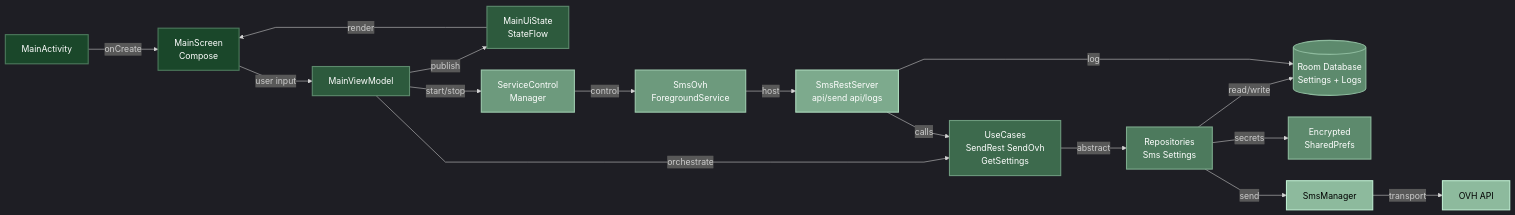
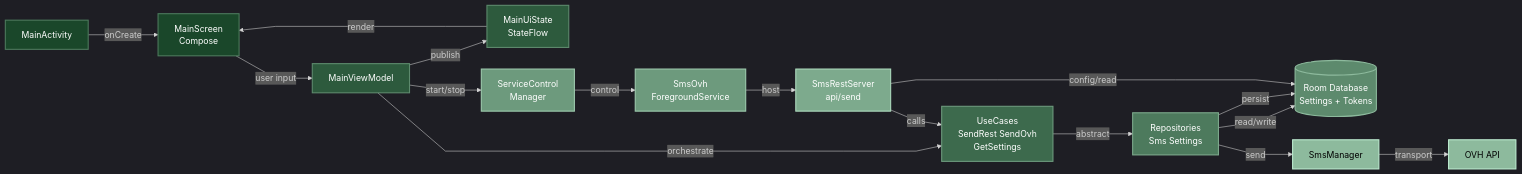
Before and after one commit to nemo2506/MS-MMS-RESTFULL: the diagram in README.md, drawn with Mermaid. The commit also changed other lines of this file and 10 other files, not shown here.

````diff
--- a/README.md
+++ b/README.md
@@ -37,53 +34,52 @@
 ```mermaid
 %%{init: {'flowchart': {'curve': 'linear', 'rankSpacing': 60, 'nodeSpacing': 40}, 'theme': 'dark'}}%%
 flowchart LR
     Activity[MainActivity]
     Screen["MainScreen<br/>Compose"]
     ViewModel["MainViewModel"]
     State["MainUiState<br/>StateFlow"]
     UC1["UseCases<br/>SendRest SendOvh<br/>GetSettings"]
     Repository["Repositories<br/>Sms Settings"]
-    Room[("Room Database<br/>Settings + Logs")]
-    Crypto["Encrypted<br/>SharedPrefs"]
+    Room[("Room Database<br/>Settings + Tokens")]
     Manager["ServiceControl<br/>Manager"]
     FG["SmsOvh<br/>ForegroundService"]
-    Server["SmsRestServer<br/>api/send api/logs"]
+    Server["SmsRestServer<br/>api/send"]
     SMS["SmsManager"]
     OVH["OVH API"]
     
     Activity -->|onCreate| Screen
     Screen -->|user input| ViewModel
     ViewModel -->|publish| State
     State -->|render| Screen
     
     ViewModel -->|orchestrate| UC1
     UC1 -->|abstract| Repository
     Repository -->|read/write| Room
-    Repository -->|secrets| Crypto
+    Repository -->|persist| Room
     Repository -->|send| SMS
     SMS -->|transport| OVH
     
     ViewModel -->|start/stop| Manager
     Manager -->|control| FG
     FG -->|host| Server
     Server -->|calls| UC1
-    Server -->|log| Room
+    Server -->|config/read| Room
     
     classDef uiLayer fill:#1a472a,color:#fff,stroke:#4d7a5d,stroke-width:2px
     classDef vmLayer fill:#2d5a3d,color:#fff,stroke:#5d8a6d,stroke-width:2px
     classDef useLayer fill:#3d6a4d,color:#fff,stroke:#6d9a7d,stroke-width:2px
     classDef repoLayer fill:#4d7a5d,color:#fff,stroke:#7daa8d,stroke-width:2px
     classDef storageLayer fill:#5d8a6d,color:#fff,stroke:#8dba9d,stroke-width:2px
     classDef serviceLayer fill:#6d9a7d,color:#fff,stroke:#9dcaad,stroke-width:2px
     classDef restLayer fill:#7daa8d,color:#fff,stroke:#addbbd,stroke-width:2px
     classDef extLayer fill:#8dba9d,color:#000,stroke:#bdecd0,stroke-width:2px
     
     class Activity,Screen uiLayer
     class ViewModel,State vmLayer
     class UC1 useLayer
     class Repository repoLayer
-    class Room,Crypto storageLayer
+    class Room storageLayer
     class Manager,FG serviceLayer
     class Server restLayer
     class SMS,OVH,BLE extLayer
 ```
````
